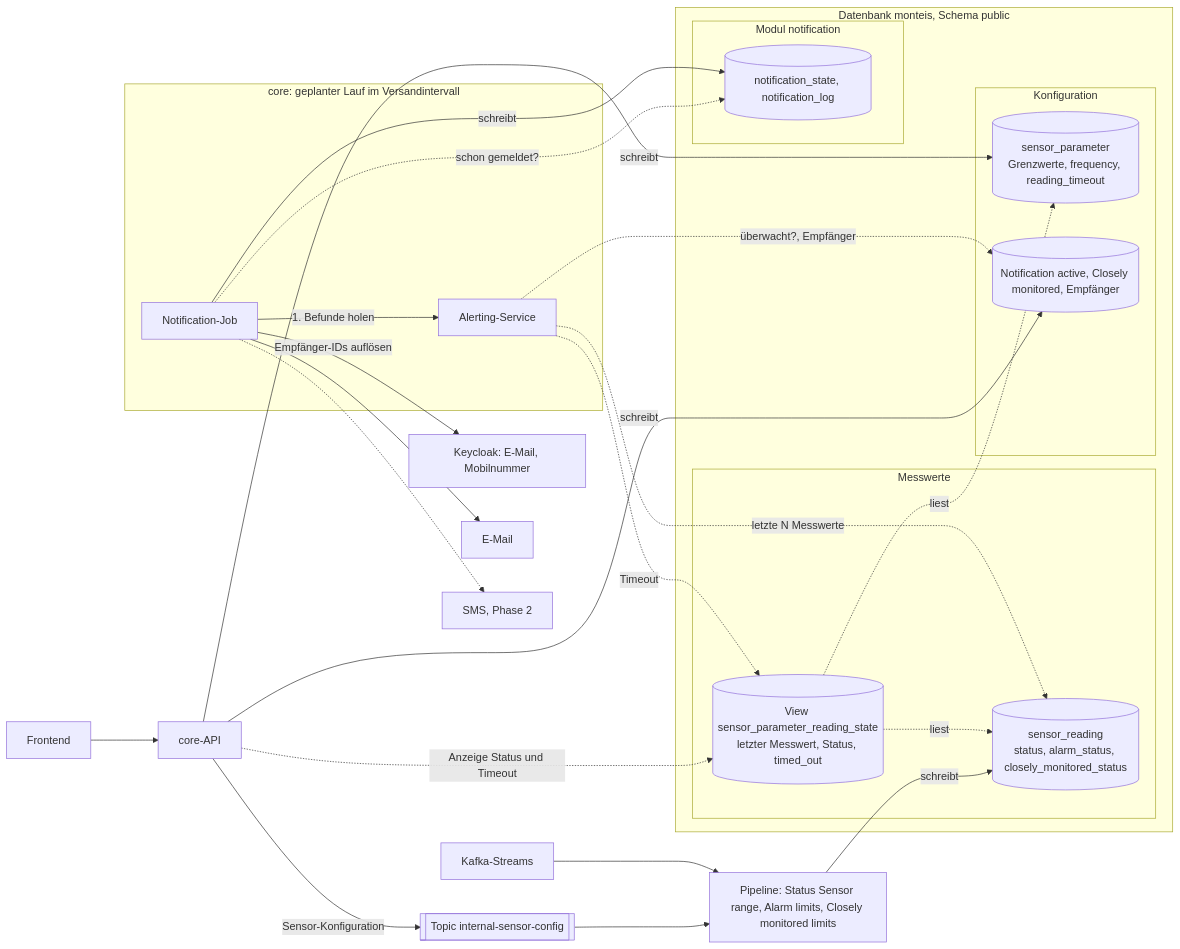
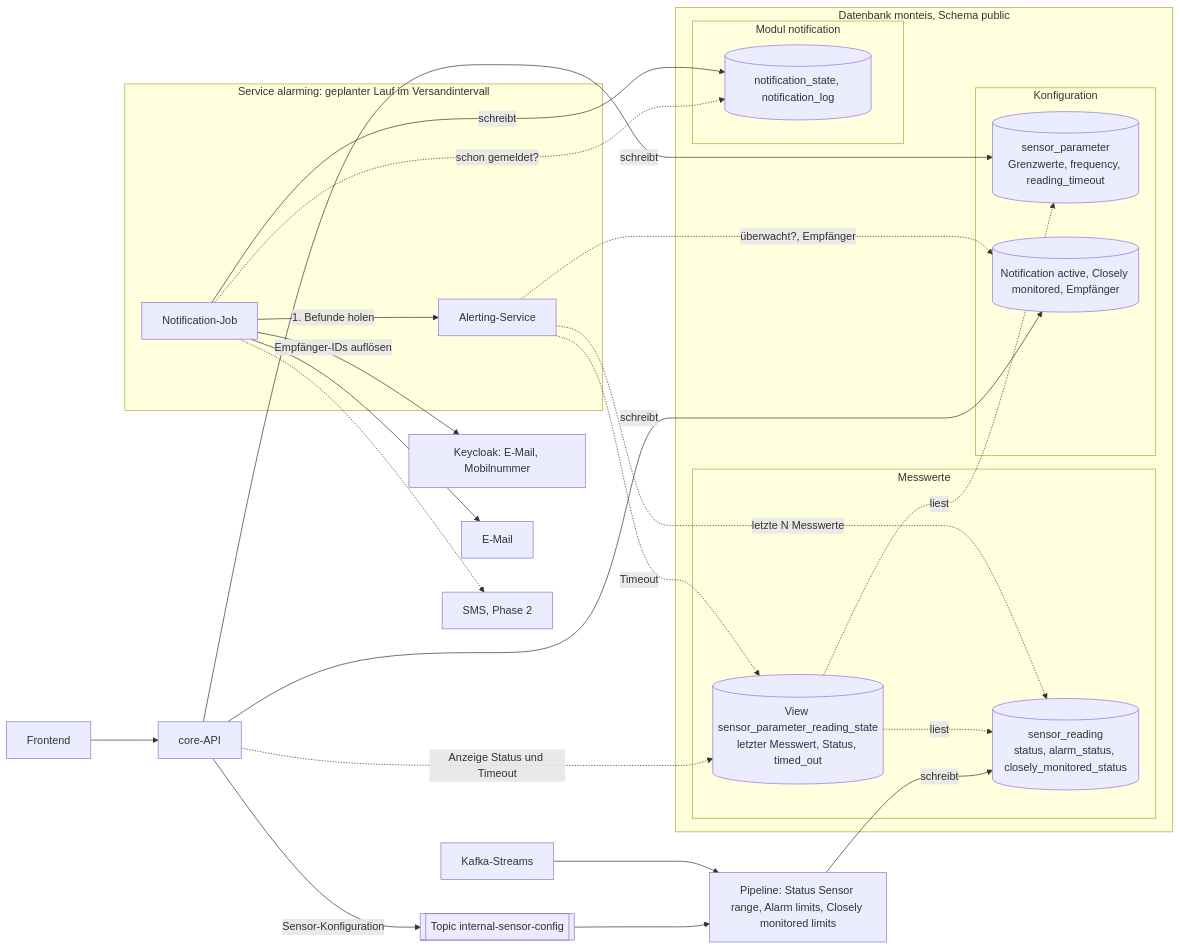
The diagram in alarming-architecture.md (swisstopo/lg-monteis), drawn with Mermaid before and after one commit. The commit also changed other lines of this file, not shown here.

Commit message:
chore(MON-248): define seperate service for alarming

````diff
--- a/alarming-architecture.md
+++ b/alarming-architecture.md
@@ -105,42 +105,42 @@
 ```mermaid
 flowchart LR
    FE[Frontend] --> C[core-API]
    C -- Sensor-Konfiguration --> TC[["Topic internal-sensor-config"]]
    TC --> P["Pipeline: Status Sensor range, Alarm limits, Closely monitored limits"]
    K[Kafka-Streams] --> P
 
-   subgraph RUN["core: geplanter Lauf im Versandintervall"]
+   subgraph RUN["Service alarming: geplanter Lauf im Versandintervall"]
       N[Notification-Job]
       A[Alerting-Service]
    end
    N -- 1. Befunde holen --> A
 
    subgraph DBM["Datenbank monteis, Schema public"]
       subgraph MW["Messwerte"]
          SR[("sensor_reading<br/>status, alarm_status, closely_monitored_status")]
          V[("View sensor_parameter_reading_state<br/>letzter Messwert, Status, timed_out")]
       end
       subgraph KONF["Konfiguration"]
          SP[("sensor_parameter<br/>Grenzwerte, frequency, reading_timeout")]
          CFG[("Notification active, Closely monitored, Empfänger")]
       end
       subgraph NO["Modul notification"]
          NT[("notification_state, notification_log")]
       end
    end
 
    P -- schreibt --> SR
    V -. liest .-> SR
    V -. liest .-> SP
    C -- schreibt --> SP
    C -- schreibt --> CFG
    C -. Anzeige Status und Timeout .-> V
    A -. Timeout .-> V
    A -. letzte N Messwerte .-> SR
    A -. überwacht?, Empfänger .-> CFG
    N -. schon gemeldet? .-> NT
    N -- schreibt --> NT
    N -- Empfänger-IDs auflösen --> KC[Keycloak: E-Mail, Mobilnummer]
    N --> M[E-Mail]
    N -.-> S[SMS, Phase 2]
 ```
````
